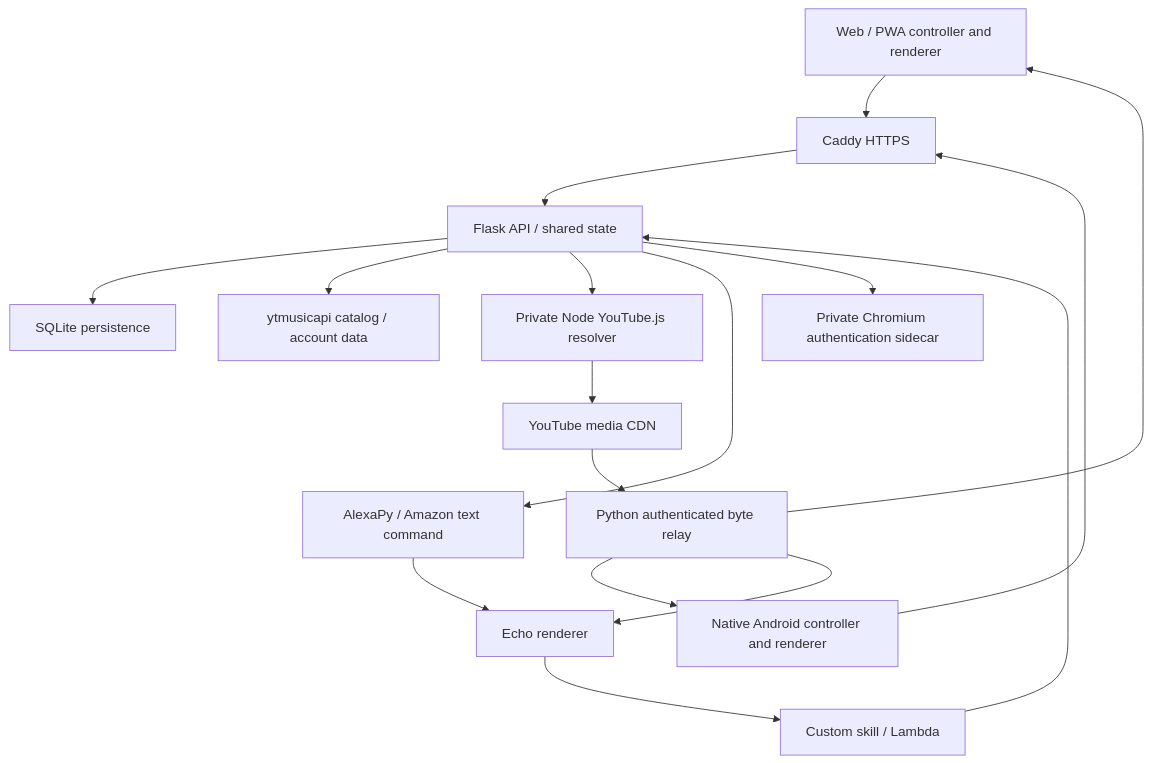
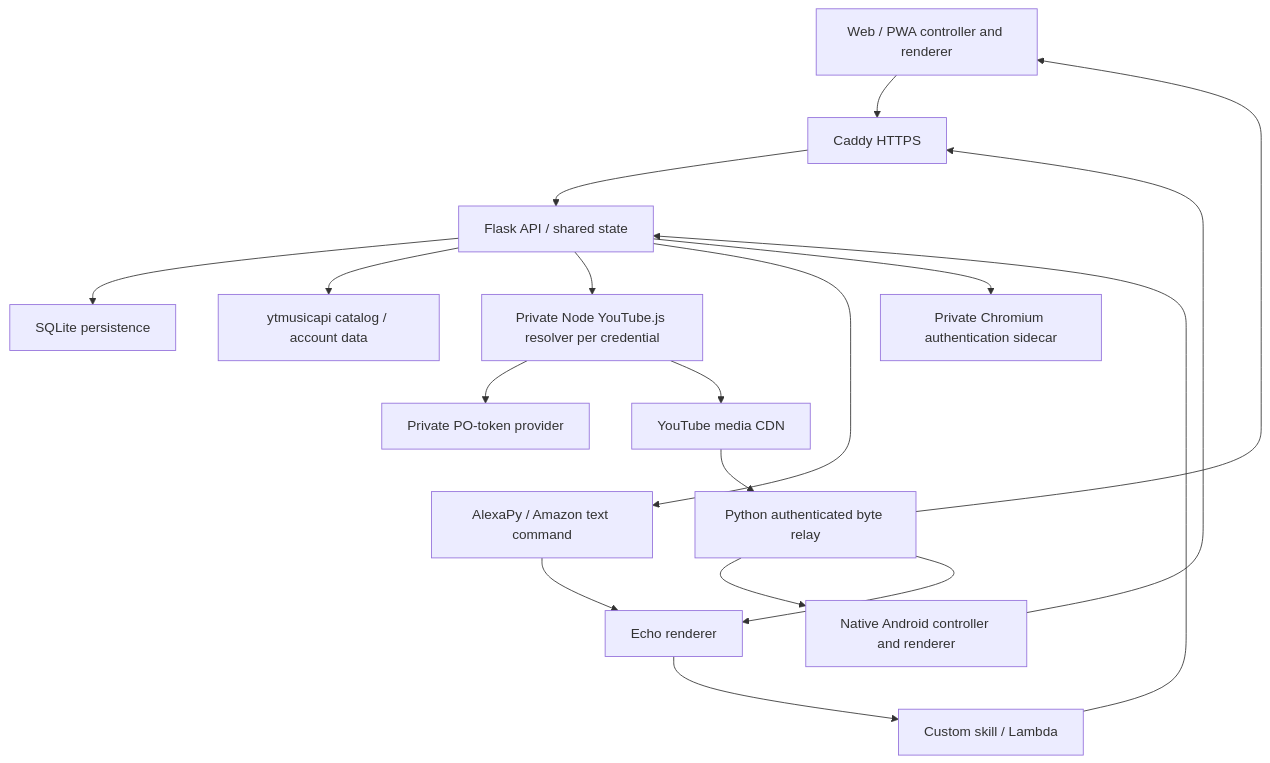
Before and after one commit to arookiecoder-ip/youtube-music-alexa-skill: the diagram in ARCHITECTURE.md, drawn with Mermaid. The commit also changed other lines of this file and 97 other files, not shown here.

````diff
--- a/ARCHITECTURE.md
+++ b/ARCHITECTURE.md
@@ -9,19 +9,20 @@
 ```mermaid
 flowchart TB
     Browser[Web / PWA controller and renderer] --> HTTPS[Caddy HTTPS]
     App[Native Android controller and renderer] --> HTTPS
     HTTPS --> API[Flask API / shared state]
     API --> Store[SQLite persistence]
     API --> Catalog[ytmusicapi catalog / account data]
-    API --> Resolver[Private Node YouTube.js resolver]
+    API --> Resolver[Private Node YouTube.js resolver per credential]
+    Resolver --> PO[Private PO-token provider]
     Resolver --> Media[YouTube media CDN]
     Media --> Relay[Python authenticated byte relay]
     Relay --> Browser
     Relay --> App
     Relay --> Echo[Echo renderer]
     API --> Amazon[AlexaPy / Amazon text command]
     Amazon --> Echo
     Echo --> Skill[Custom skill / Lambda]
     Skill --> API
     API --> Auth[Private Chromium authentication sidecar]
 ```
````
